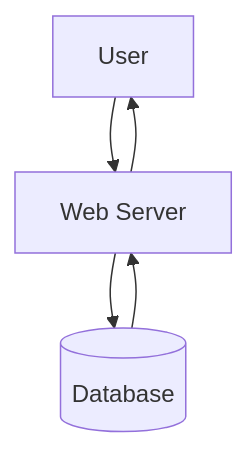
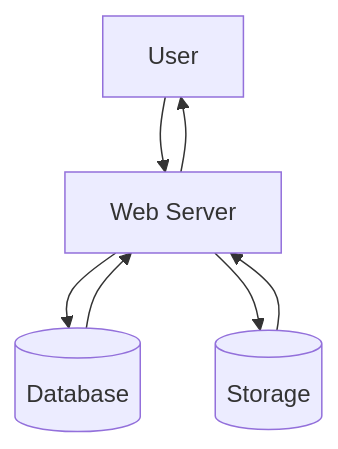
Before and after one commit to Keito654/anki-kun: the diagram in 外部設計/システム設計.md, drawn with Mermaid. The commit also changed other lines of this file, not shown here.

````diff
--- a/外部設計/システム設計.md
+++ b/外部設計/システム設計.md
@@ -5,7 +5,9 @@
 ```mermaid
 graph TB
   User-->Web[Web Server]
   Web-->DB[(Database)]
   DB-->Web
   Web-->User
+  Web-->Storage[(Storage)]
+  Storage-->Web
 ```
````
